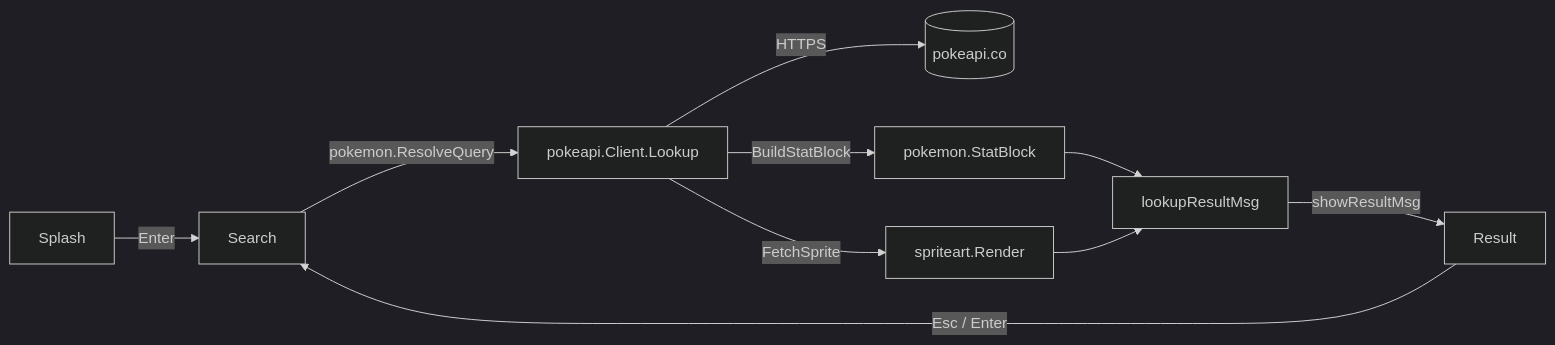
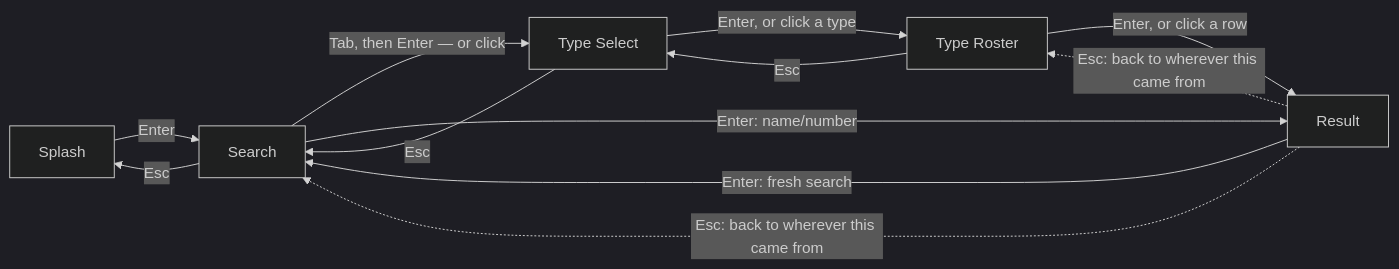
Before and after one commit to leekli/pokedex-go: the diagram in README.md, drawn with Mermaid (dark theme). The commit also changed other lines of this file and 1 other file, not shown here.

First line of the commit message:
docs: document the Search by Type feature

````diff
--- a/README.md
+++ b/README.md
@@ -170,12 +205,14 @@
 ```mermaid
 flowchart LR
     Splash -->|Enter| Search
-    Search -->|pokemon.ResolveQuery| Client["pokeapi.Client.Lookup"]
-    Client -->|HTTPS| PokeAPI[(pokeapi.co)]
-    Client -->|BuildStatBlock| Stat[pokemon.StatBlock]
-    Client -->|FetchSprite| Sprite[spriteart.Render]
-    Stat --> Msg[lookupResultMsg]
-    Sprite --> Msg
-    Msg -->|showResultMsg| Result
-    Result -->|Esc / Enter| Search
+    Search -->|Esc| Splash
+    Search -->|Tab, then Enter — or click| TypeSelect[Type Select]
+    TypeSelect -->|Esc| Search
+    TypeSelect -->|Enter, or click a type| TypeRoster[Type Roster]
+    TypeRoster -->|Esc| TypeSelect
+    Search -->|Enter: name/number| Result
+    TypeRoster -->|Enter, or click a row| Result
+    Result -->|Enter: fresh search| Search
+    Result -.->|Esc: back to wherever this came from| Search
+    Result -.->|Esc: back to wherever this came from| TypeRoster
 ```
````
